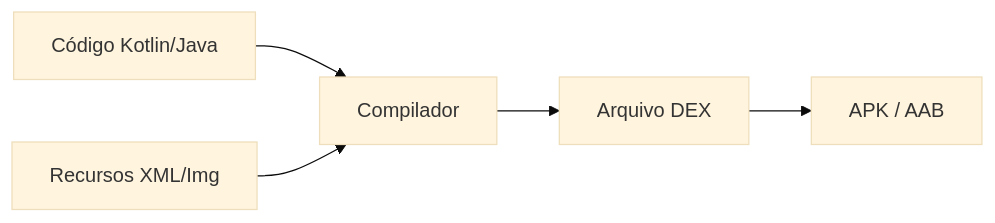
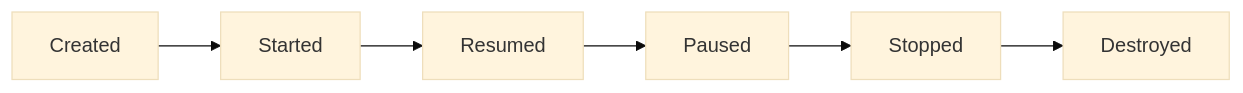
The diagram in docs/slides/src/slide-04.md (ricardotecpro/ads_mod_11_qualidade_e_testes_de_software), drawn with Mermaid (base theme) before and after one commit. The commit also changed other lines of this file and 186 other files, not shown here.

````diff
--- a/docs/slides/src/slide-04.md
+++ b/docs/slides/src/slide-04.md
@@ -86,7 +35,8 @@
 ```mermaid
 graph LR
-    A[Código Kotlin/Java] --> B[Compilador]
-    E[Recursos XML/Img] --> B
-    B --> C[Arquivo DEX]
-    C --> D[APK / AAB]
+    A[Created] --> B[Started]
+    B --> C[Resumed]
+    C --> D[Paused]
+    D --> E[Stopped]
+    E --> F[Destroyed]
 ```
````
